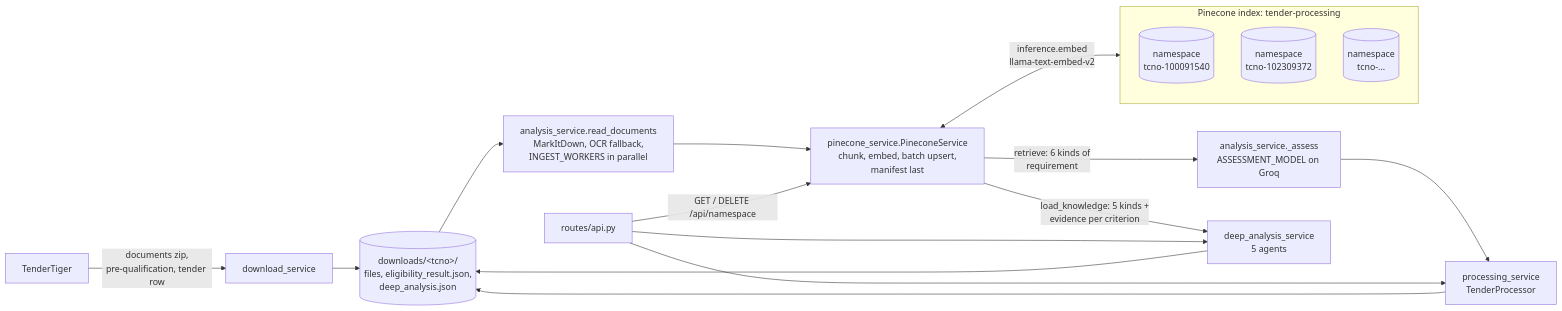
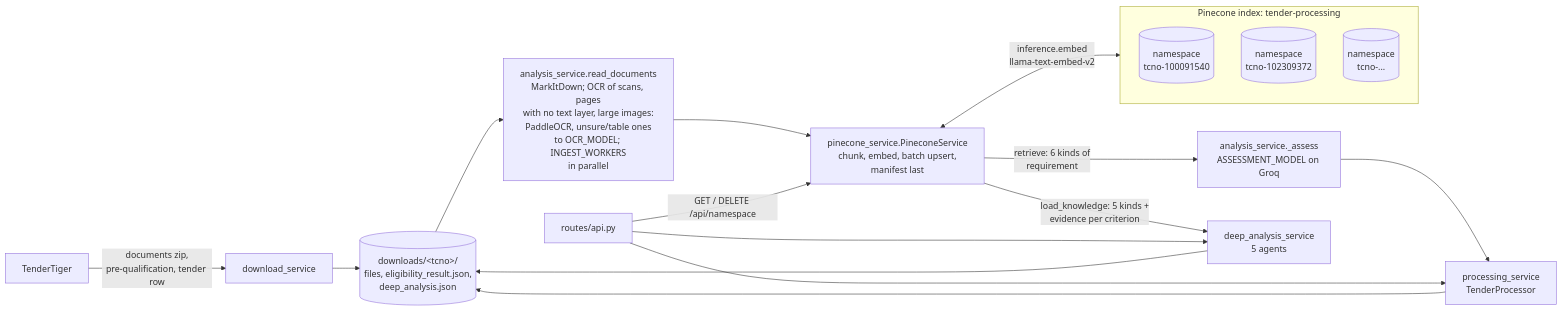
The first of 2 diagrams in docs/pinecone-architecture.md (Aminul1993/Tender-Processing), drawn with Mermaid before and after one commit. The commit also changed other lines of this file and 21 other files, not shown here.

````diff
--- a/docs/pinecone-architecture.md
+++ b/docs/pinecone-architecture.md
@@ -27,21 +27,21 @@
 ```mermaid
 flowchart LR
     TT[TenderTiger] -->|documents zip,<br/>pre-qualification, tender row| DL[download_service]
     DL --> FS[(downloads/&lt;tcno&gt;/<br/>files, eligibility_result.json,<br/>deep_analysis.json)]
-    FS --> EX[analysis_service.read_documents<br/>MarkItDown, OCR fallback,<br/>INGEST_WORKERS in parallel]
+    FS --> EX[analysis_service.read_documents<br/>MarkItDown; OCR of scans, pages<br/>with no text layer, large images:<br/>PaddleOCR, unsure/table ones<br/>to OCR_MODEL; INGEST_WORKERS<br/>in parallel]
     EX --> PS[pinecone_service.PineconeService<br/>chunk, embed, batch upsert,<br/>manifest last]
     PS <-->|inference.embed<br/>llama-text-embed-v2| PC
     subgraph PC[Pinecone index: tender-processing]
         N1[(namespace<br/>tcno-100091540)]
         N2[(namespace<br/>tcno-102309372)]
         N3[(namespace<br/>tcno-...)]
     end
     PS -->|retrieve: 6 kinds of<br/>requirement| AS[analysis_service._assess<br/>ASSESSMENT_MODEL on Groq]
     AS --> PR[processing_service<br/>TenderProcessor]
     PR --> FS
     PS -->|load_knowledge: 5 kinds +<br/>evidence per criterion| DA[deep_analysis_service<br/>5 agents]
     DA --> FS
     API[routes/api.py] --> PR
     API --> DA
     API -->|GET / DELETE /api/namespace| PS
 ```
````
